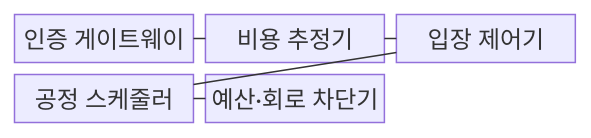
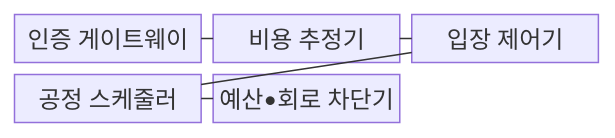
Before and after one commit to agnusdei1207/knowledge-base: the first of 2 diagrams in src/content/docs/notes/05-security/087_model_denial_of_service.md, drawn with Mermaid. The commit also changed other lines of this file and 953 other files, not shown here.

````diff
--- a/src/content/docs/notes/05-security/087_model_denial_of_service.md
+++ b/src/content/docs/notes/05-security/087_model_denial_of_service.md
@@ -63,13 +63,13 @@
 ```mermaid
 block-beta
   columns 3
   A["인증 게이트웨이"]
   B["비용 추정기"]
   C["입장 제어기"]
   D["공정 스케줄러"]
-  E["예산·회로 차단기"]
+  E["예산•회로 차단기"]
   A --- B
   B --- C
   C --- D
   D --- E
 ```
````
